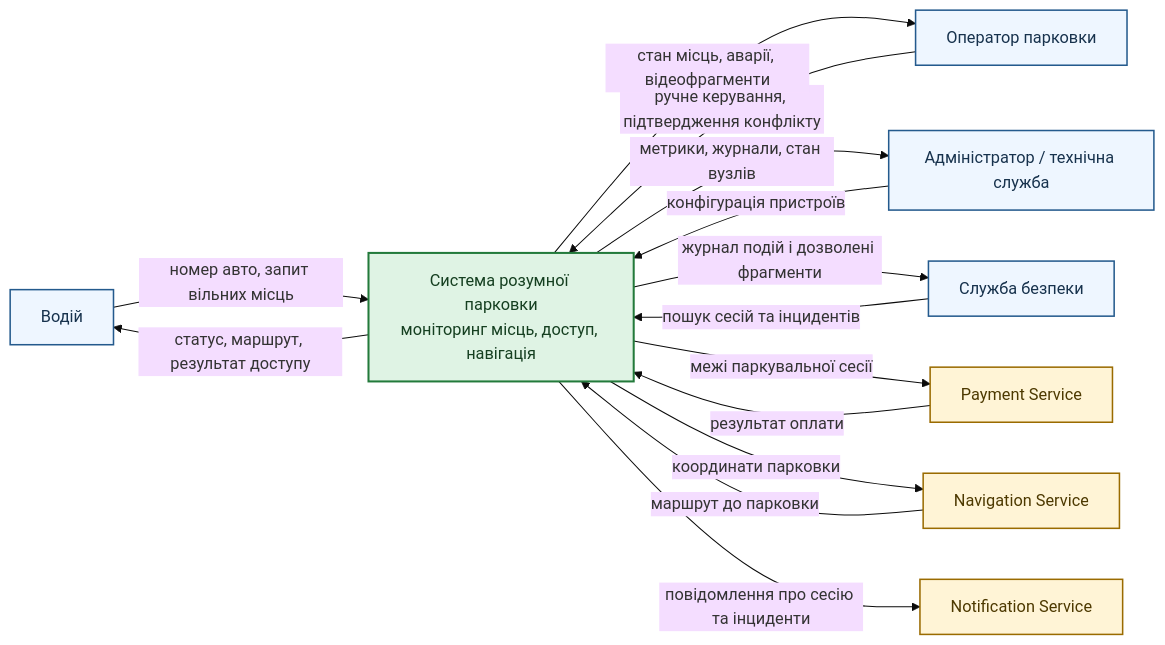
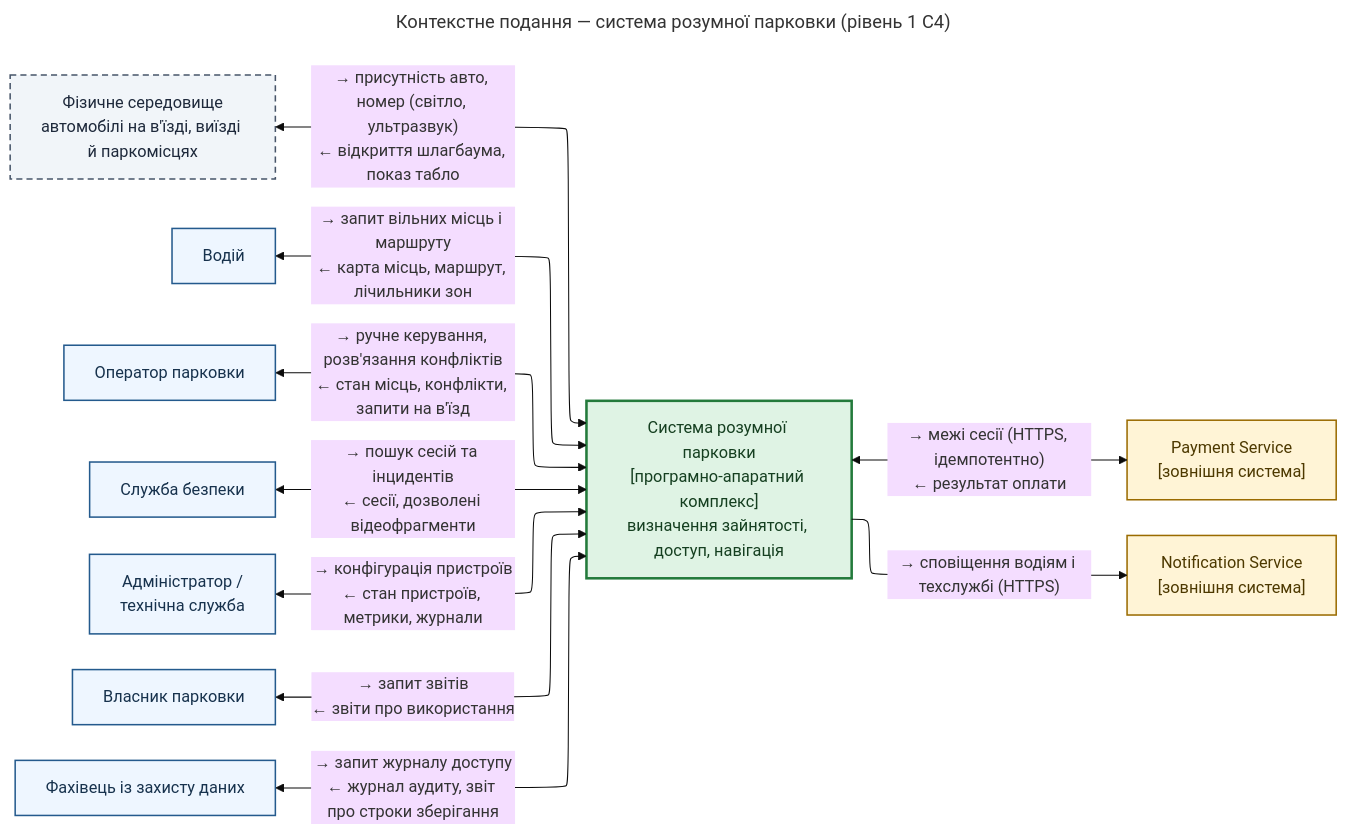
The diagram in docs/diagrams/context.mmd (sologubanastasia/mmss-smart-parking), drawn with Mermaid (base theme) before and after one commit. The commit also changed 6 other files, not shown here.

Commit message:
ЛР1 v1.1: узгоджено архітектурні подання, SVG генеруються з Mermaid

```diff
--- a/docs/diagrams/context.mmd
+++ b/docs/diagrams/context.mmd
@@ -1,30 +1,37 @@
+---
+title: Контекстне подання — система розумної парковки (рівень 1 C4)
+config:
+  layout: elk
+---
 flowchart LR
+    env["Фізичне середовище<br/>автомобілі на в'їзді, виїзді й паркомісцях"]
     driver["Водій"]
     operator["Оператор парковки"]
-    admin["Адміністратор / технічна служба"]
     security["Служба безпеки"]
-    system["Система розумної парковки<br/>моніторинг місць, доступ, навігація"]
-    payment["Payment Service"]
-    navigation["Navigation Service"]
-    notify["Notification Service"]
+    admin["Адміністратор /<br/>технічна служба"]
+    owner["Власник парковки"]
+    dpo["Фахівець із захисту даних"]
 
-    driver -->|"номер авто, запит вільних місць"| system
-    system -->|"статус, маршрут, результат доступу"| driver
-    operator -->|"ручне керування, підтвердження конфлікту"| system
-    system -->|"стан місць, аварії, відеофрагменти"| operator
-    admin -->|"конфігурація пристроїв"| system
-    system -->|"метрики, журнали, стан вузлів"| admin
-    security -->|"пошук сесій та інцидентів"| system
-    system -->|"журнал подій і дозволені фрагменти"| security
-    system -->|"межі паркувальної сесії"| payment
-    payment -->|"результат оплати"| system
-    system -->|"координати парковки"| navigation
-    navigation -->|"маршрут до парковки"| system
-    system -->|"повідомлення про сесію та інциденти"| notify
+    system["Система розумної парковки<br/>[програмно-апаратний комплекс]<br/>визначення зайнятості, доступ, навігація"]
+
+    payment["Payment Service<br/>[зовнішня система]"]
+    notify["Notification Service<br/>[зовнішня система]"]
+
+    env <-->|"→ присутність авто, номер (світло, ультразвук)<br/>← відкриття шлагбаума, показ табло"| system
+    driver <-->|"→ запит вільних місць і маршруту<br/>← карта місць, маршрут, лічильники зон"| system
+    operator <-->|"→ ручне керування, розв'язання конфліктів<br/>← стан місць, конфлікти, запити на в'їзд"| system
+    security <-->|"→ пошук сесій та інцидентів<br/>← сесії, дозволені відеофрагменти"| system
+    admin <-->|"→ конфігурація пристроїв<br/>← стан пристроїв, метрики, журнали"| system
+    owner <-->|"→ запит звітів<br/>← звіти про використання"| system
+    dpo <-->|"→ запит журналу доступу<br/>← журнал аудиту, звіт про строки зберігання"| system
+    system <-->|"→ межі сесії (HTTPS, ідемпотентно)<br/>← результат оплати"| payment
+    system -->|"→ сповіщення водіям і техслужбі (HTTPS)"| notify
 
     classDef person fill:#eef6ff,stroke:#245a8d,color:#17324d,stroke-width:1.5px;
-    classDef core fill:#dff3e4,stroke:#237a3b,color:#153f20,stroke-width:2px;
+    classDef physical fill:#f1f5f9,stroke:#475569,color:#1e293b,stroke-width:1.5px,stroke-dasharray:6 4;
+    classDef core fill:#dff3e4,stroke:#237a3b,color:#153f20,stroke-width:2.5px;
     classDef external fill:#fff4d6,stroke:#9a6b00,color:#4d3900,stroke-width:1.5px;
-    class driver,operator,admin,security person;
+    class driver,operator,security,admin,owner,dpo person;
+    class env physical;
     class system core;
-    class payment,navigation,notify external;
+    class payment,notify external;
```
